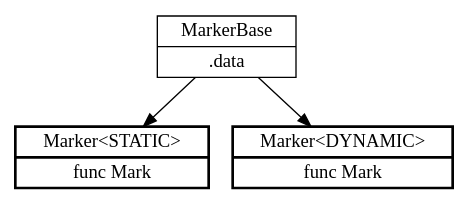
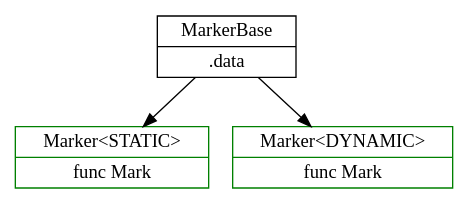
Before and after one commit to kp2pml30/bachelor-thesis: the diagram in res/dot/marker_was.dot, drawn with Graphviz. The commit also changed 2 other files, not shown here.

```diff
--- a/res/dot/marker_was.dot
+++ b/res/dot/marker_was.dot
@@ -1,8 +1,8 @@
 digraph G {
 	node [shape="record"];
 	base [label="{MarkerBase|.data}"];
-	markers [label="{Marker&lt;STATIC&gt;|func Mark}", penwidth=2];
-	markerd [label="{Marker&lt;DYNAMIC&gt;|func Mark}", penwidth=2];
+	markers [label="{Marker&lt;STATIC&gt;|func Mark}", color=green];
+	markerd [label="{Marker&lt;DYNAMIC&gt;|func Mark}", color=green];
 	base -> markers;
 	base -> markerd;
 }
```
